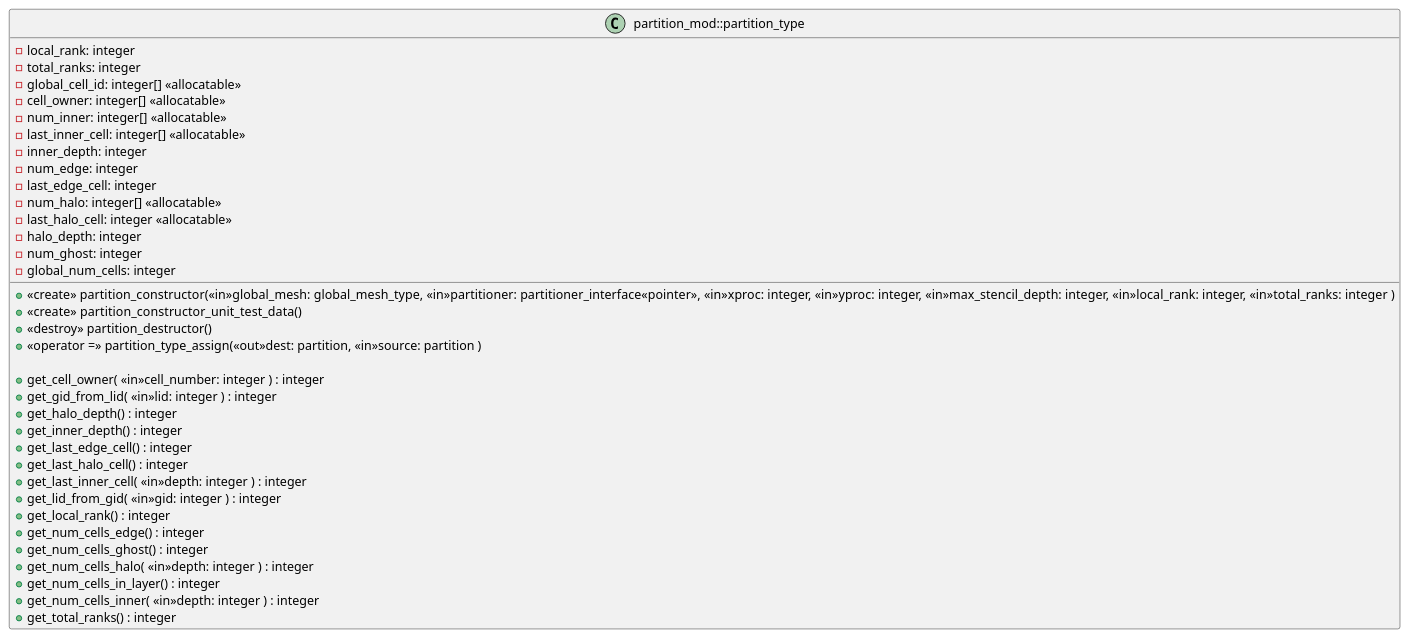
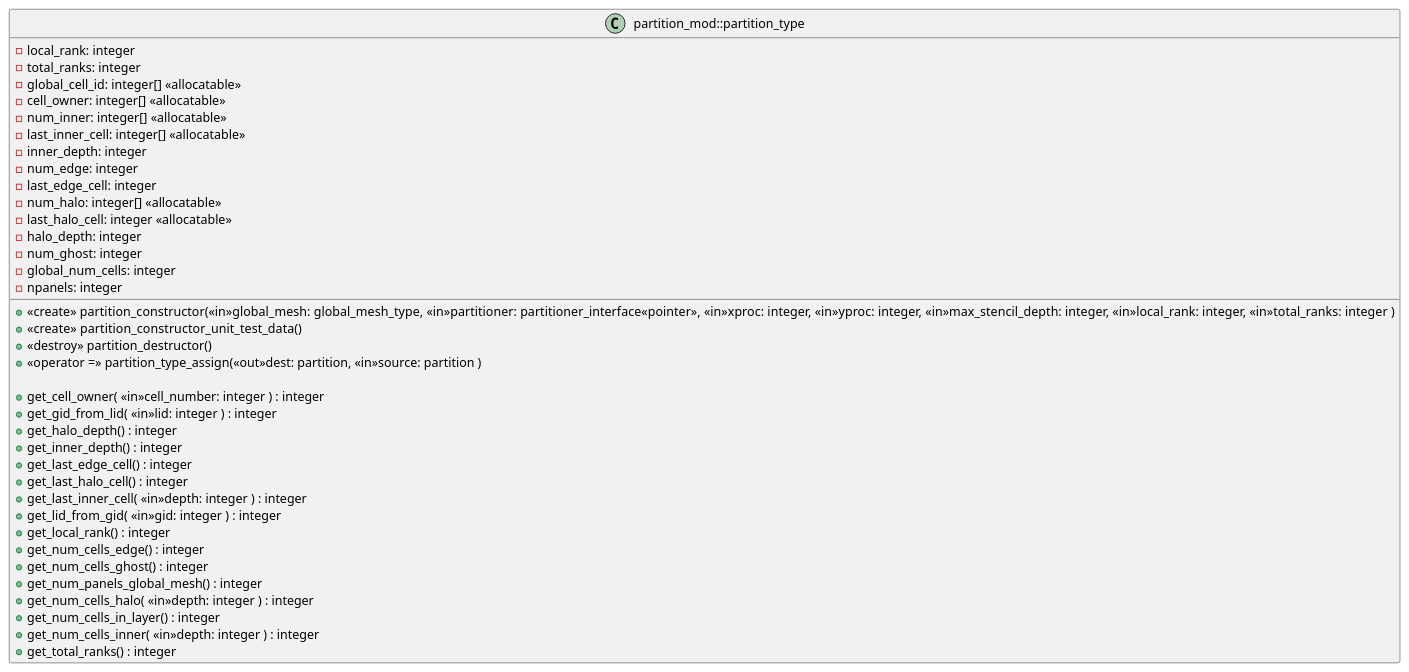
One commit to stevemullerworth/lfric_core changed the diagram in infrastructure/documentation/uml/mesh/partition_mod.iuml. Above: the diagram before and after it, drawn with PlantUML. The commit also changed 7 other files, not shown here.

```diff
--- a/infrastructure/documentation/uml/mesh/partition_mod.iuml
+++ b/infrastructure/documentation/uml/mesh/partition_mod.iuml
@@ -1,41 +1,43 @@
 ' Copyright (c) 2017,  Met Office, on behalf of HMSO and Queen's Printer
 ' For further details please refer to the file LICENCE.original which you
 ' should have received as part of this distribution.
 
 class partition_mod::partition_type {
   -local_rank: integer
   -total_ranks: integer
   -global_cell_id: integer[] <<allocatable>>
   -cell_owner: integer[] <<allocatable>>
   -num_inner: integer[] <<allocatable>>
   -last_inner_cell: integer[] <<allocatable>>
   -inner_depth: integer
   -num_edge: integer
   -last_edge_cell: integer
   -num_halo: integer[] <<allocatable>>
   -last_halo_cell: integer <<allocatable>>
   -halo_depth: integer
   -num_ghost: integer
   -global_num_cells: integer
+  -npanels: integer
 
   +<<create>>  partition_constructor(<<in>>global_mesh: global_mesh_type, <<in>>partitioner: partitioner_interface<<pointer>>, <<in>>xproc: integer, <<in>>yproc: integer, <<in>>max_stencil_depth: integer, <<in>>local_rank: integer, <<in>>total_ranks: integer )
   +<<create>>  partition_constructor_unit_test_data()
   +<<destroy>> partition_destructor()
   +<<operator =>> partition_type_assign(<<out>>dest: partition, <<in>>source: partition )
 
   +get_cell_owner( <<in>>cell_number: integer ) : integer
   +get_gid_from_lid( <<in>>lid: integer ) : integer
   +get_halo_depth() : integer
   +get_inner_depth() : integer
   +get_last_edge_cell() : integer
   +get_last_halo_cell() : integer
   +get_last_inner_cell( <<in>>depth: integer ) : integer
   +get_lid_from_gid( <<in>>gid: integer ) : integer
   +get_local_rank() : integer
   +get_num_cells_edge() : integer
   +get_num_cells_ghost() : integer
+  +get_num_panels_global_mesh() : integer
   +get_num_cells_halo( <<in>>depth: integer ) : integer
   +get_num_cells_in_layer() : integer
   +get_num_cells_inner( <<in>>depth: integer ) : integer
   +get_total_ranks() : integer
 }
```
